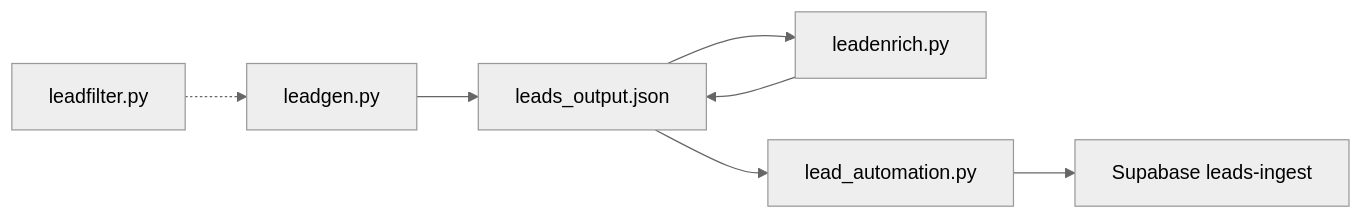
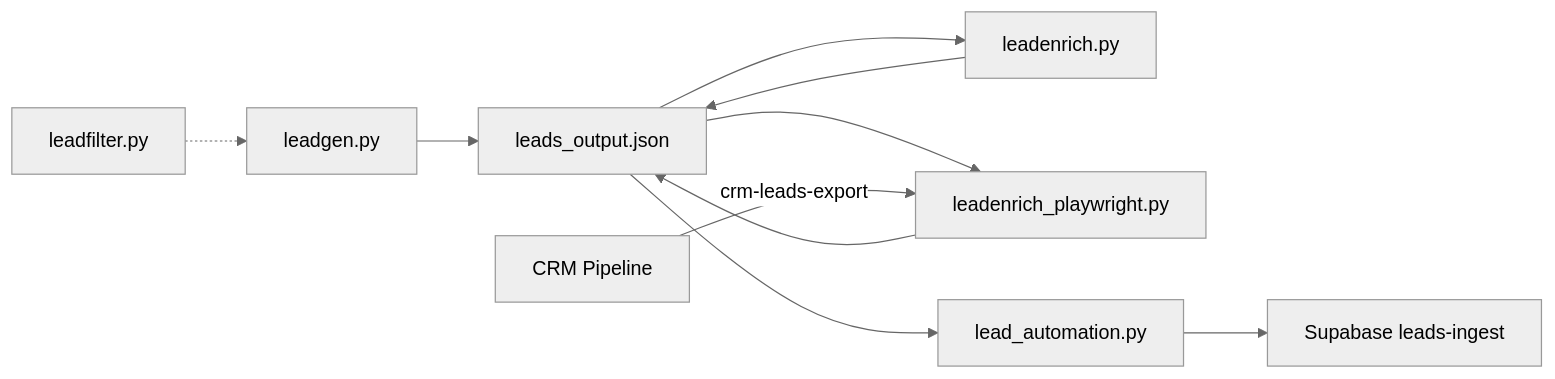
Before and after one commit to StaticxViper/cjm-dev: the diagram in documentation/README.md, drawn with Mermaid (neutral theme). The commit also changed other lines of this file and 9 other files, not shown here.

````diff
--- a/documentation/README.md
+++ b/documentation/README.md
@@ -41,9 +42,12 @@
 ```mermaid
 flowchart LR
   leadgen[leadgen.py] --> leads[leads_output.json]
-  leads --> enrich[leadenrich.py]
-  enrich --> leads
+  leads --> enrichFb[leadenrich.py]
+  leads --> enrichPw[leadenrich_playwright.py]
+  crm[CRM Pipeline] -->|crm-leads-export| enrichPw
+  enrichFb --> leads
+  enrichPw --> leads
   leads --> ingest[lead_automation.py]
   ingest --> supabase[Supabase leads-ingest]
   leadfilter[leadfilter.py] -.-> leadgen
 ```
````
